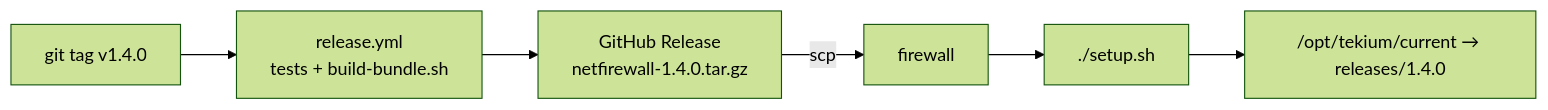
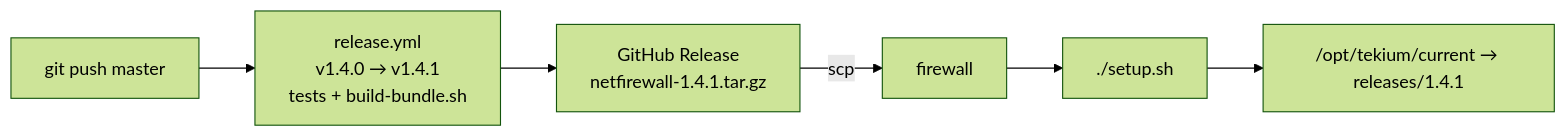
One commit to mchinchilla/NetFirewall changed the second of 4 diagrams in README.es.md. Above: the diagram before and after it, drawn with Mermaid (forest theme). The commit also changed other lines of this file and 5 other files, not shown here.

First line of the commit message:
ci: publish a new version automatically on every push to master

````diff
--- a/README.es.md
+++ b/README.es.md
@@ -145,8 +147,8 @@
 ```mermaid
 flowchart LR
-    A[git tag v1.4.0] --> B[release.yml<br/>tests + build-bundle.sh]
-    B --> C[GitHub Release<br/>netfirewall-1.4.0.tar.gz]
+    A[git push master] --> B[release.yml<br/>v1.4.0 → v1.4.1<br/>tests + build-bundle.sh]
+    B --> C[GitHub Release<br/>netfirewall-1.4.1.tar.gz]
     C -->|scp| D[firewall]
     D --> E[./setup.sh]
-    E --> F["/opt/tekium/current → releases/1.4.0"]
+    E --> F["/opt/tekium/current → releases/1.4.1"]
 ```
````
